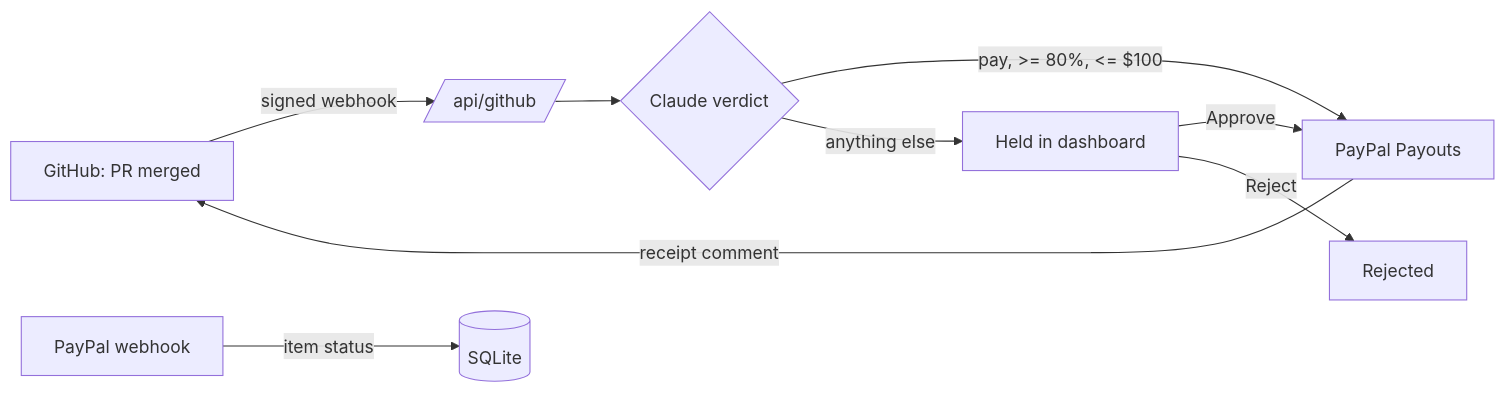
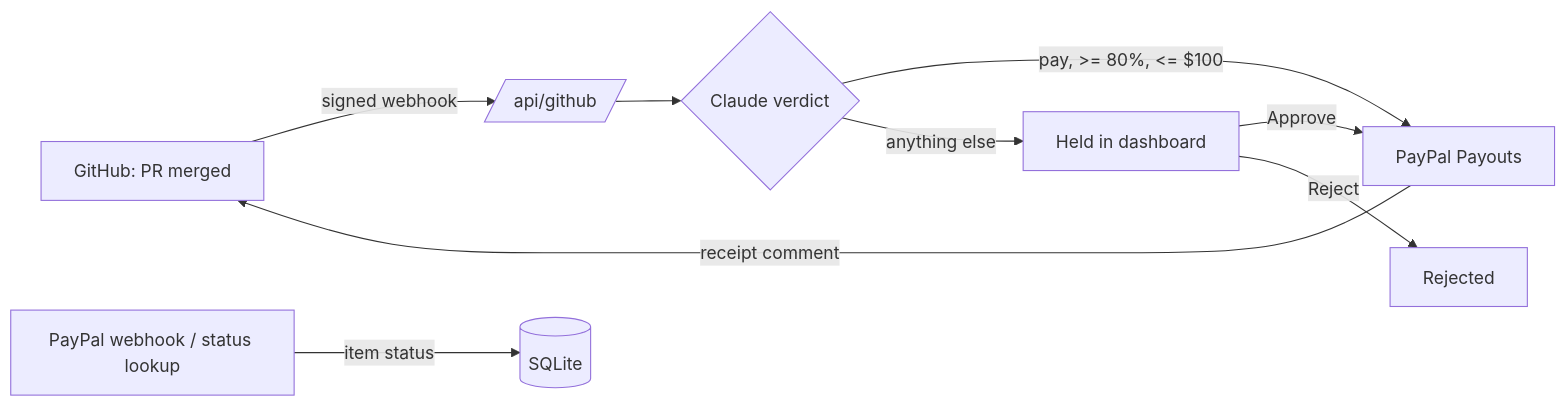
Before and after one commit to mohammedfirdouss/bountypay: the diagram in README.md, drawn with Mermaid. The commit also changed other lines of this file, not shown here.

````diff
--- a/README.md
+++ b/README.md
@@ -18,11 +18,11 @@
 ```mermaid
 flowchart LR
   GH[GitHub: PR merged] -->|signed webhook| API[/api/github/]
   API --> C{Claude verdict}
   C -->|pay, >= 80%, <= $100| P[PayPal Payouts]
   C -->|anything else| H[Held in dashboard]
   H -->|Approve| P
   H -->|Reject| R[Rejected]
   P -->|receipt comment| GH
-  PPW[PayPal webhook] -->|item status| D[(SQLite)]
+  PPW[PayPal webhook / status lookup] -->|item status| D[(SQLite)]
 ```
````
